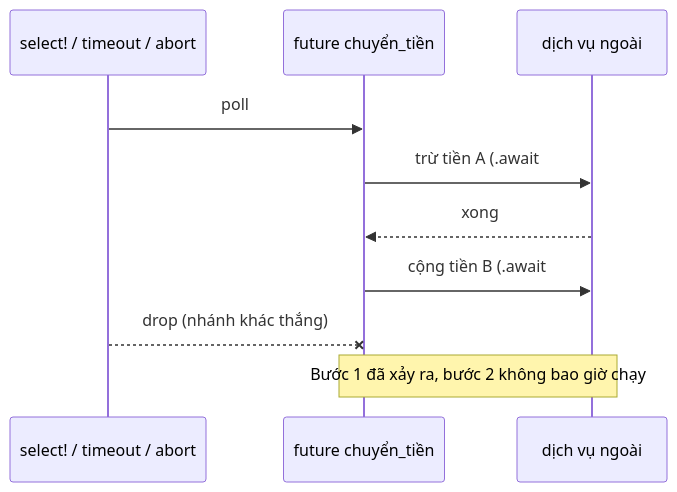
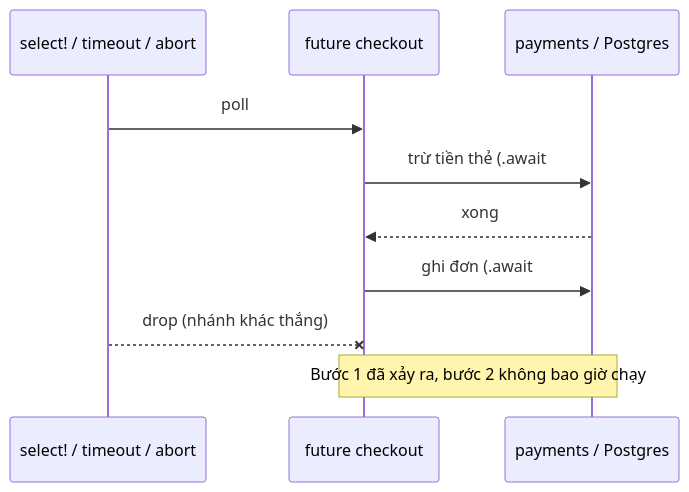
One commit to pirumu/irust changed the first of 4 diagrams in docs/07-io-async/09-async-trong-production.md. Above: the diagram before and after it, drawn with Mermaid. The commit also changed other lines of this file and 22 other files, not shown here.

````diff
--- a/docs/07-io-async/09-async-trong-production.md
+++ b/docs/07-io-async/09-async-trong-production.md
@@ -34,12 +45,12 @@
 ```mermaid
 sequenceDiagram
   participant S as select! / timeout / abort
-  participant F as future chuyển_tiền
-  participant DB as dịch vụ ngoài
+  participant F as future checkout
+  participant P as payments / Postgres
   S->>F: poll
-  F->>DB: trừ tiền A (.await #1)
-  DB-->>F: xong
-  F->>DB: cộng tiền B (.await #2, đang treo)
+  F->>P: trừ tiền thẻ (.await #1)
+  P-->>F: xong
+  F->>P: ghi đơn (.await #2, đang treo)
   S--xF: drop (nhánh khác thắng)
-  Note over F,DB: Bước 1 đã xảy ra, bước 2 không bao giờ chạy
+  Note over F,P: Bước 1 đã xảy ra, bước 2 không bao giờ chạy
 ```
````
